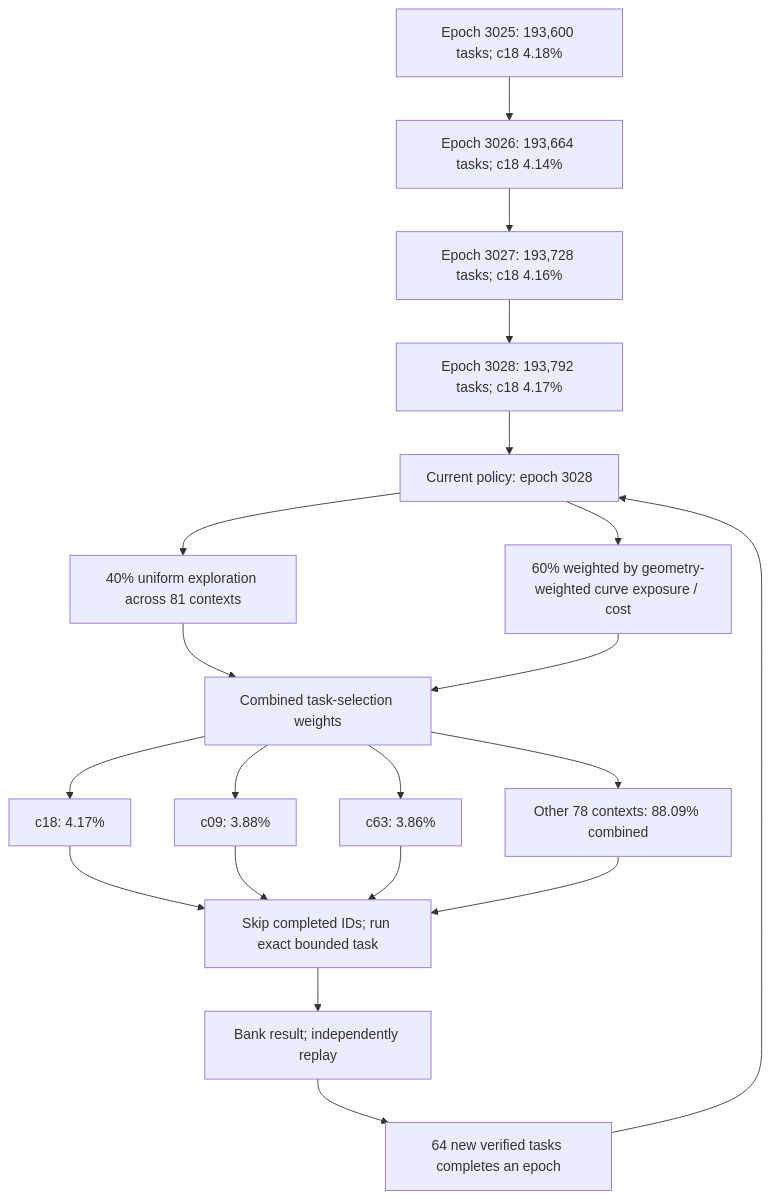
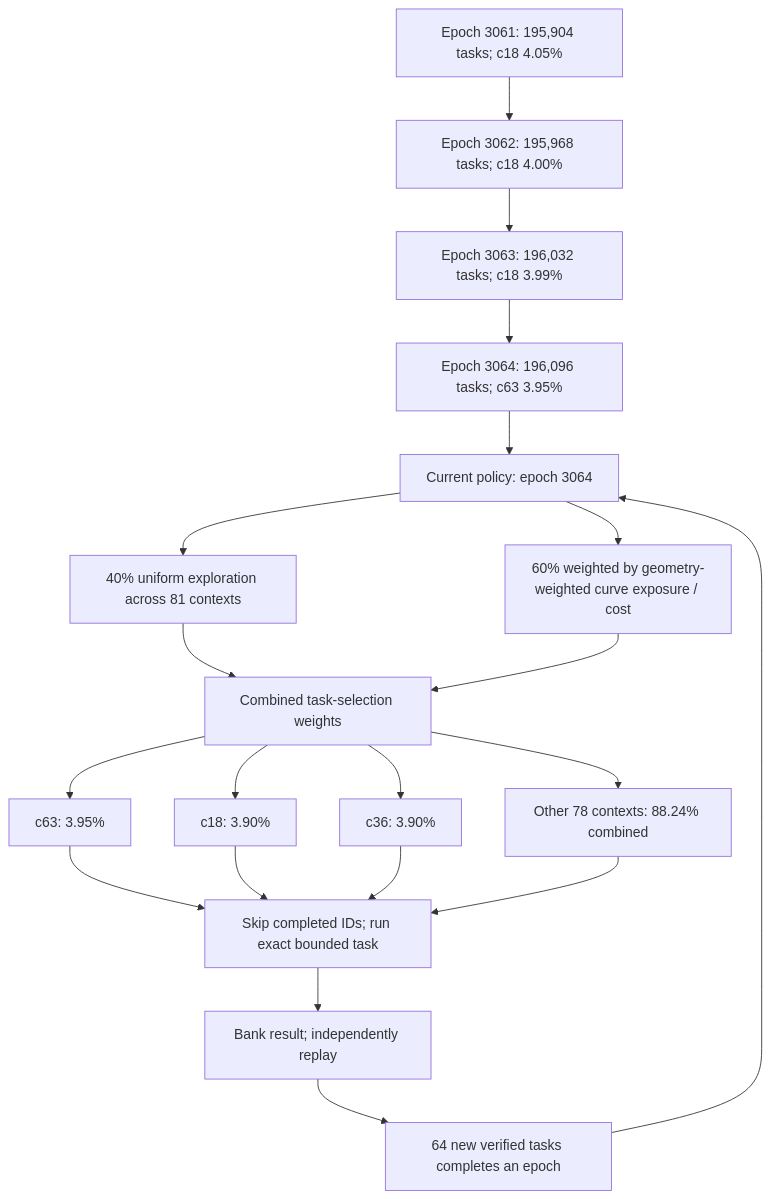
The first of 3 diagrams in README.md (Kuberwastaken/math-gambling), drawn with Mermaid before and after one commit. The commit also changed other lines of this file and 4538 other files, not shown here.

````diff
--- a/README.md
+++ b/README.md
@@ -58,27 +59,27 @@
 ```mermaid
 flowchart TD
-    H0["Epoch 3025: 193,600 tasks; c18 4.18%"]
-    H1["Epoch 3026: 193,664 tasks; c18 4.14%"]
+    H0["Epoch 3061: 195,904 tasks; c18 4.05%"]
+    H1["Epoch 3062: 195,968 tasks; c18 4.00%"]
     H0 --> H1
-    H2["Epoch 3027: 193,728 tasks; c18 4.16%"]
+    H2["Epoch 3063: 196,032 tasks; c18 3.99%"]
     H1 --> H2
-    H3["Epoch 3028: 193,792 tasks; c18 4.17%"]
+    H3["Epoch 3064: 196,096 tasks; c63 3.95%"]
     H2 --> H3
-    Policy["Current policy: epoch 3028"]
+    Policy["Current policy: epoch 3064"]
     H3 --> Policy
     Policy --> Explore["40% uniform exploration across 81 contexts"]
     Policy --> Cost["60% weighted by geometry-weighted curve exposure / cost"]
     Explore --> Mix["Combined task-selection weights"]
     Cost --> Mix
-    Mix --> C0["c18: 4.17%"]
-    Mix --> C1["c09: 3.88%"]
-    Mix --> C2["c63: 3.86%"]
-    Mix --> Rest["Other 78 contexts: 88.09% combined"]
+    Mix --> C0["c63: 3.95%"]
+    Mix --> C1["c18: 3.90%"]
+    Mix --> C2["c36: 3.90%"]
+    Mix --> Rest["Other 78 contexts: 88.24% combined"]
     C0 --> Check["Skip completed IDs; run exact bounded task"]
     C1 --> Check
     C2 --> Check
     Rest --> Check
     Check --> Replay["Bank result; independently replay"]
     Replay --> Gate["64 new verified tasks completes an epoch"]
     Gate --> Policy
 ```
````
